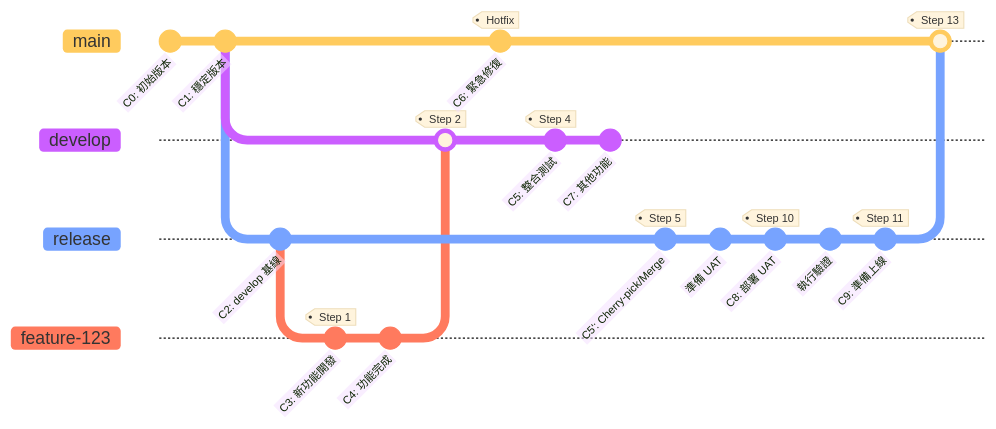
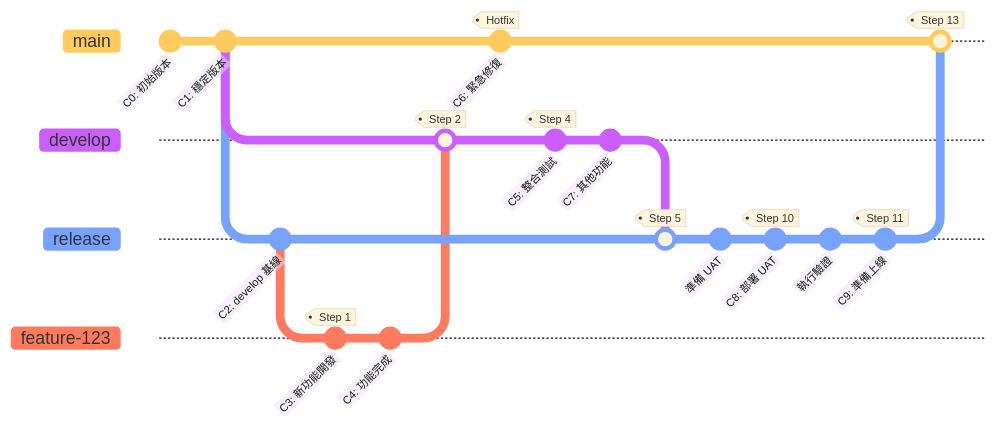
Before and after one commit to almightyken0425/KnowledgeVault: the first of 2 diagrams in SIT/ReleaseWorkFlow.md, drawn with Mermaid.

````diff
--- a/SIT/ReleaseWorkFlow.md
+++ b/SIT/ReleaseWorkFlow.md
@@ -9,35 +9,35 @@
 ```mermaid
 %%{init: {'theme':'base', 'gitGraph': {'showCommitLabel': true, 'mainBranchName': 'main'}}}%%
 gitGraph
     commit id: "C0: 初始版本"
     commit id: "C1: 穩定版本"
     
     branch develop
     branch release
     commit id: "C2: develop 基線"
     
     checkout release
     branch feature-123
     commit id: "C3: 新功能開發" tag: "Step 1"
     commit id: "C4: 功能完成"
     
     checkout develop
     merge feature-123 tag: "Step 2"
     
     checkout main
     commit id: "C6: 緊急修復" tag: "Hotfix"
     
     checkout develop
     commit id: "C5: 整合測試" tag: "Step 4"
     commit id: "C7: 其他功能"
     
     checkout release
-    commit id: "C5': Cherry-pick/Merge" tag: "Step 5"
+    merge develop tag: "Step 5"
     commit id: "準備 UAT"
     commit id: "C8: 部署 UAT" tag: "Step 10"
     commit id: "執行驗證"
     commit id: "C9: 準備上線" tag: "Step 11"
     
     checkout main
     merge release tag: "Step 13"
 ```
````
